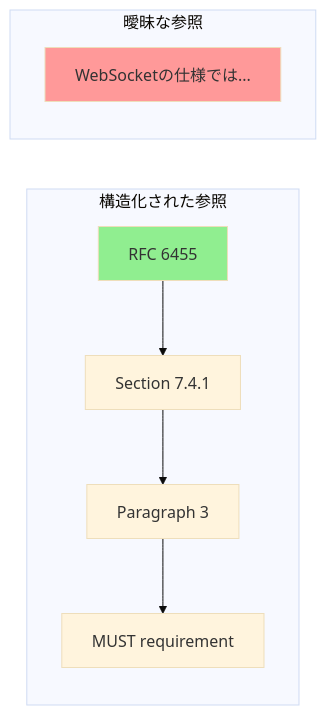
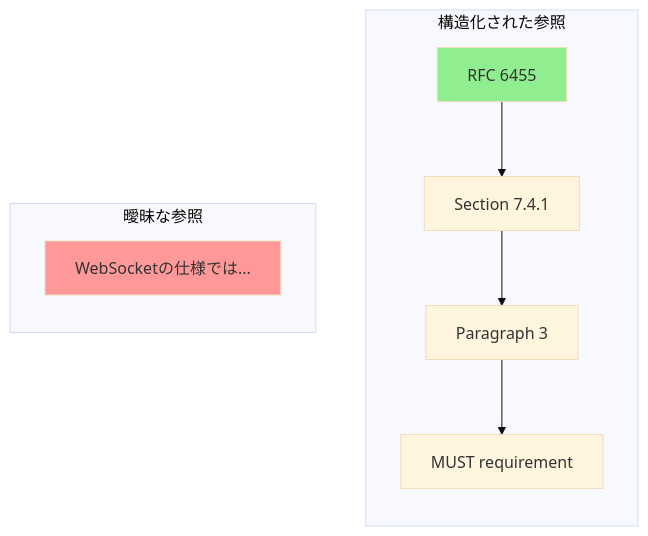
One commit to shuji-bonji/ai-agent-architecture changed the seventh of 15 diagrams in docs/concepts/02-reference-sources.ja.md. Above: the diagram before and after it, drawn with Mermaid (base theme). The commit also changed other lines of this file and 13 other files, not shown here.

Commit message:
fix: Mermaidダイアグラム図の改善

````diff
--- a/docs/concepts/02-reference-sources.ja.md
+++ b/docs/concepts/02-reference-sources.ja.md
@@ -247,18 +249,20 @@
 ```mermaid
-graph LR
+graph TB
     subgraph 構造化された参照
+        direction TB
         RFC["RFC 6455"]
         SEC["Section 7.4.1"]
         PARA["Paragraph 3"]
         REQ["MUST requirement"]
     end
 
     RFC --> SEC --> PARA --> REQ
 
     subgraph 曖昧な参照
+        direction TB
         VAGUE["WebSocketの仕様では..."]
     end
 
-    style RFC fill:#90EE90
-    style VAGUE fill:#ff9999
+    style RFC fill:#90EE90,color:#333
+    style VAGUE fill:#ff9999,color:#333
 ```
````
